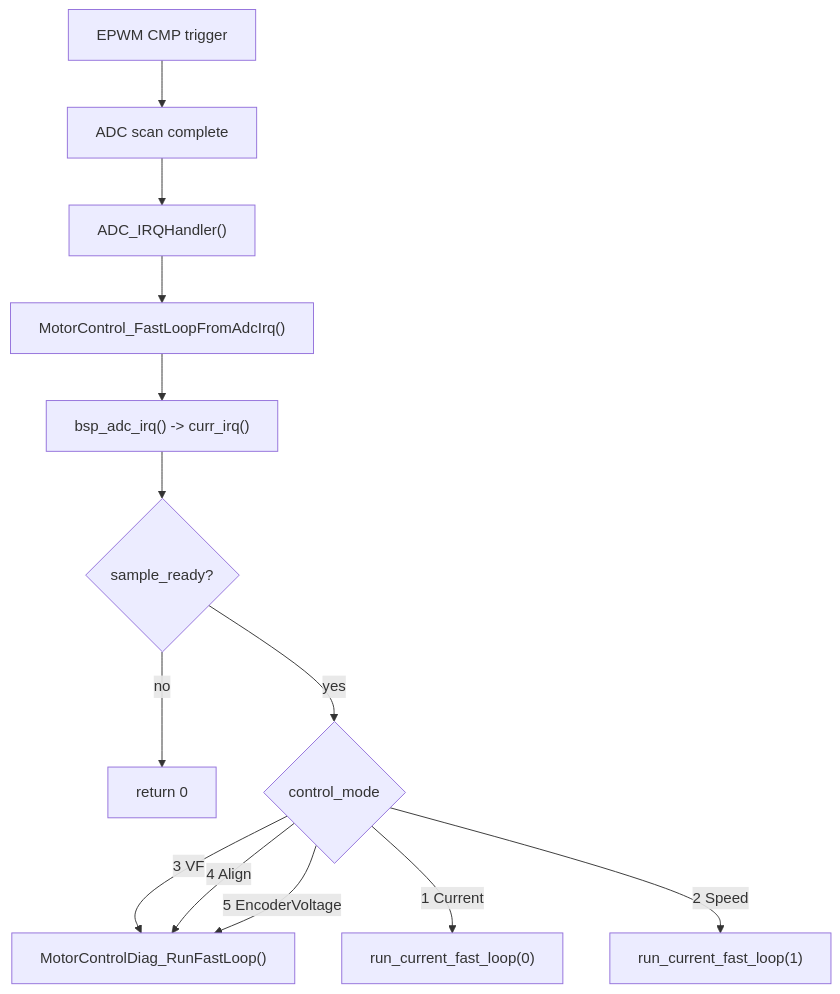
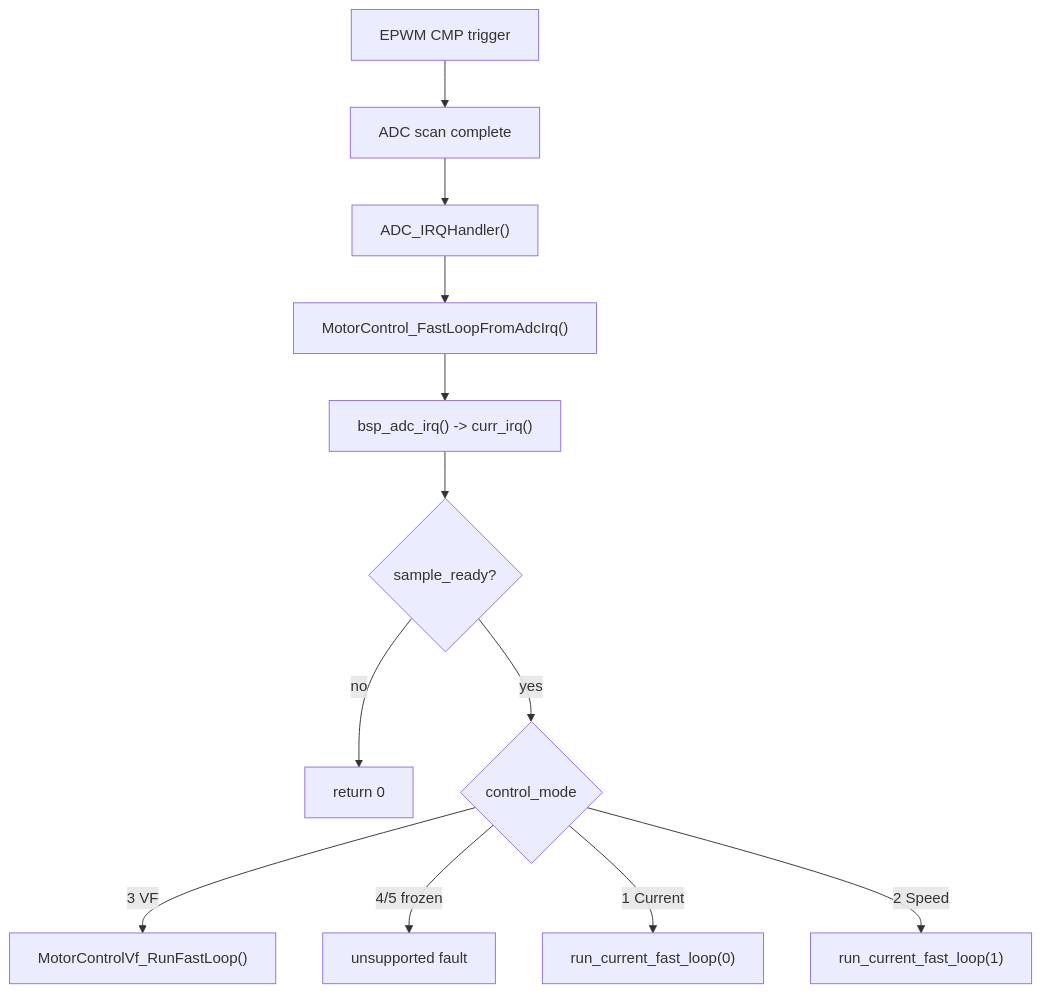
The second of 4 diagrams in Docs/Architecture/ActiveControlChain.md (niahosi/CMS32FOC_GCC), drawn with Mermaid before and after one commit. The commit also changed other lines of this file and 14 other files, not shown here.

````diff
--- a/Docs/Architecture/ActiveControlChain.md
+++ b/Docs/Architecture/ActiveControlChain.md
@@ -32,15 +30,14 @@
 ```mermaid
 flowchart TD
     pwm["EPWM CMP trigger"] --> adc["ADC scan complete"]
     adc --> irq["ADC_IRQHandler()"]
     irq --> fast["MotorControl_FastLoopFromAdcIrq()"]
     fast --> sample["bsp_adc_irq() -> curr_irq()"]
     sample --> ready{"sample_ready?"}
     ready -- no --> ret0["return 0"]
     ready -- yes --> mode{"control_mode"}
-    mode -- 3 VF --> diag["MotorControlDiag_RunFastLoop()"]
-    mode -- 4 Align --> diag
-    mode -- 5 EncoderVoltage --> diag
+    mode -- 3 VF --> vf["MotorControlVf_RunFastLoop()"]
+    mode -- 4/5 frozen --> fault["unsupported fault"]
     mode -- 1 Current --> cur["run_current_fast_loop(0)"]
     mode -- 2 Speed --> spd["run_current_fast_loop(1)"]
 ```
````
